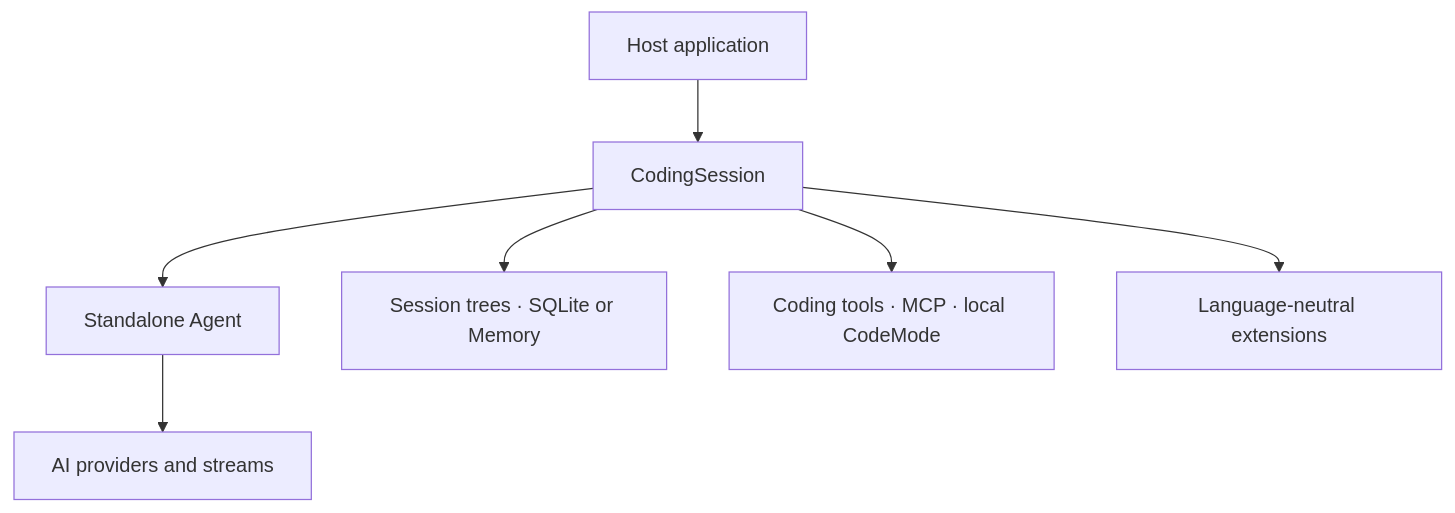
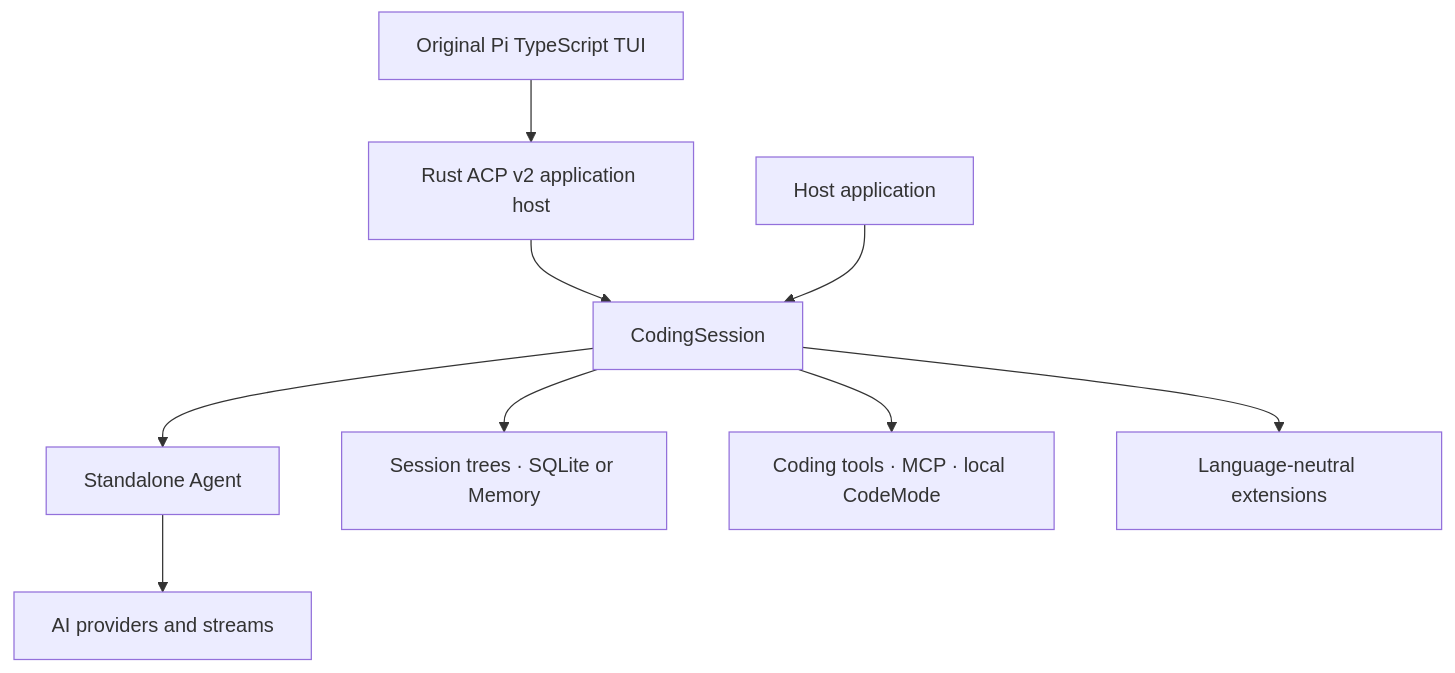
The diagram in README.md (utopia2077/pirua), drawn with Mermaid before and after one commit. The commit also changed other lines of this file and 15 other files, not shown here.

Commit message:
test(tui): verify and document the native terminal application

````diff
--- a/README.md
+++ b/README.md
@@ -129,9 +145,11 @@
 ```mermaid
 flowchart TD
+    UI["Original Pi TypeScript TUI"] --> ACP["Rust ACP v2 application host"]
+    ACP --> Coding
     Host["Host application"] --> Coding["CodingSession"]
     Coding --> Agent["Standalone Agent"]
     Agent --> AI["AI providers and streams"]
     Coding --> Sessions["Session trees · SQLite or Memory"]
     Coding --> Tools["Coding tools · MCP · local CodeMode"]
     Coding --> Extensions["Language-neutral extensions"]
 ```
````
